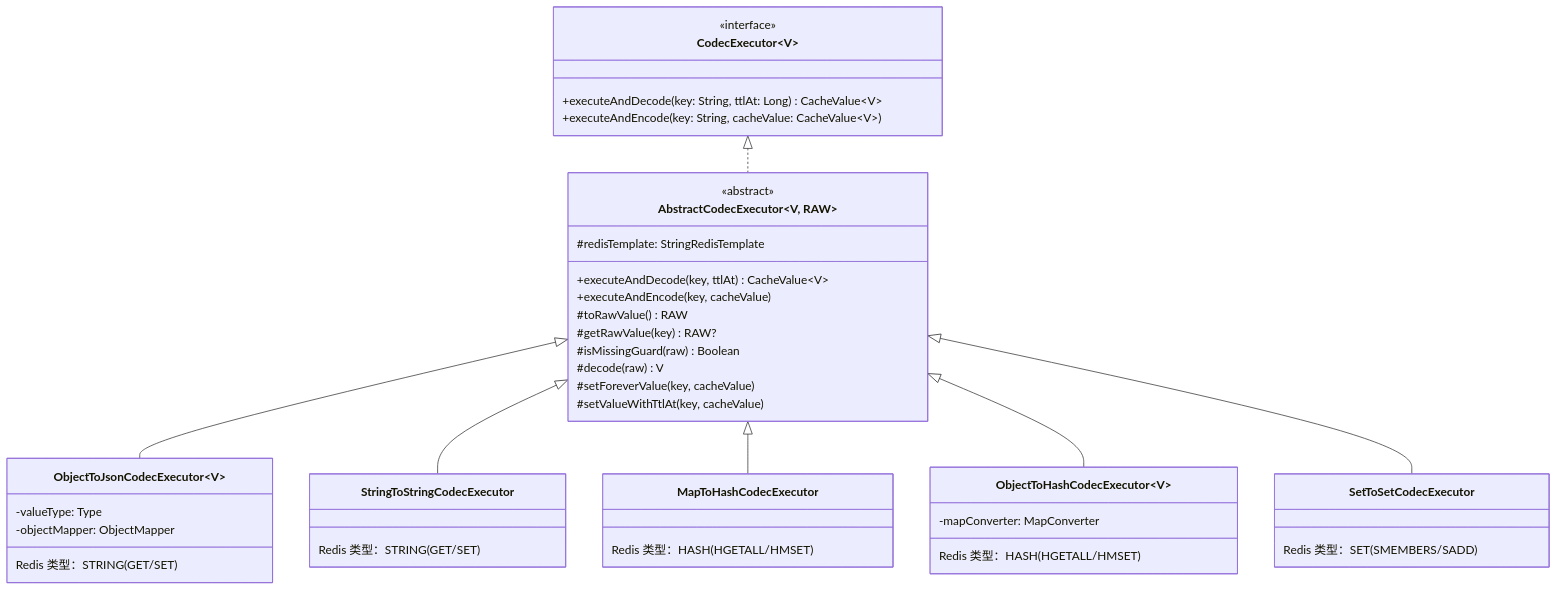
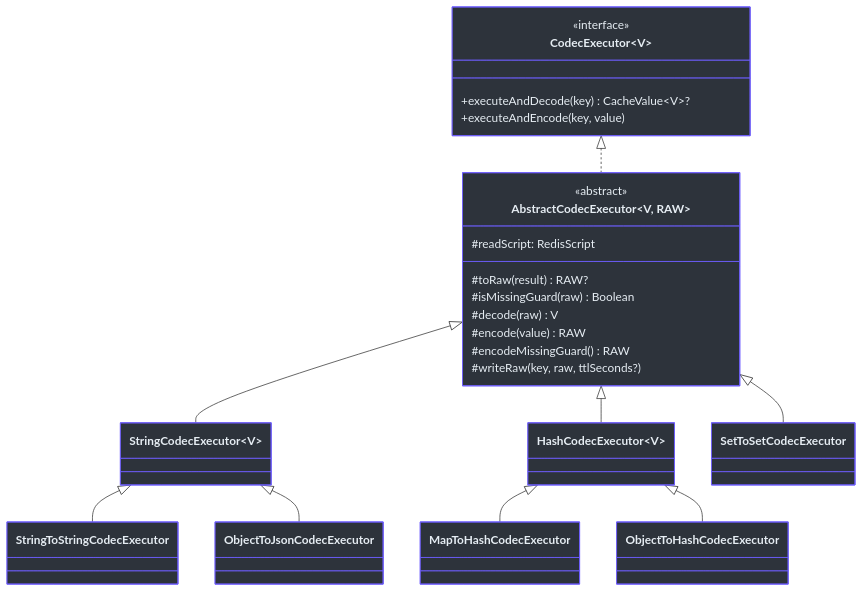
Before and after one commit to Ahoo-Wang/CoCache: the third of 3 diagrams in wiki/zh/modules/cocache-spring-redis.md, drawn with Mermaid. The commit also changed other lines of this file and 256 other files, not shown here.

````diff
--- a/wiki/zh/modules/cocache-spring-redis.md
+++ b/wiki/zh/modules/cocache-spring-redis.md
@@ -188,51 +93,38 @@
 ```mermaid
 classDiagram
     class CodecExecutor~V~ {
         <<interface>>
-        +executeAndDecode(key: String, ttlAt: Long) CacheValue~V~
-        +executeAndEncode(key: String, cacheValue: CacheValue~V~)
+        +executeAndDecode(key) CacheValue~V~?
+        +executeAndEncode(key, value)
     }
-
     class AbstractCodecExecutor~V, RAW~ {
         <<abstract>>
-        #redisTemplate: StringRedisTemplate
-        +executeAndDecode(key, ttlAt) CacheValue~V~
-        +executeAndEncode(key, cacheValue)
-        #toRawValue() RAW
-        #getRawValue(key) RAW?
+        #readScript: RedisScript
+        #toRaw(result) RAW?
         #isMissingGuard(raw) Boolean
         #decode(raw) V
-        #setForeverValue(key, cacheValue)
-        #setValueWithTtlAt(key, cacheValue)
+        #encode(value) RAW
+        #encodeMissingGuard() RAW
+        #writeRaw(key, raw, ttlSeconds?)
     }
+    class StringCodecExecutor~V~
+    class HashCodecExecutor~V~
+    CodecExecutor <|.. AbstractCodecExecutor
+    AbstractCodecExecutor <|-- StringCodecExecutor
+    AbstractCodecExecutor <|-- HashCodecExecutor
+    AbstractCodecExecutor <|-- SetToSetCodecExecutor
+    StringCodecExecutor <|-- StringToStringCodecExecutor
+    StringCodecExecutor <|-- ObjectToJsonCodecExecutor
+    HashCodecExecutor <|-- MapToHashCodecExecutor
+    HashCodecExecutor <|-- ObjectToHashCodecExecutor
 
-    class ObjectToJsonCodecExecutor~V~ {
-        -valueType: Type
-        -objectMapper: ObjectMapper
-        Redis 类型：STRING (GET/SET)
-    }
-
-    class StringToStringCodecExecutor {
-        Redis 类型：STRING (GET/SET)
-    }
-
-    class MapToHashCodecExecutor {
-        Redis 类型：HASH (HGETALL/HMSET)
-    }
-
-    class ObjectToHashCodecExecutor~V~ {
-        -mapConverter: MapConverter
-        Redis 类型：HASH (HGETALL/HMSET)
-    }
-
-    class SetToSetCodecExecutor {
-        Redis 类型：SET (SMEMBERS/SADD)
-    }
-
-    CodecExecutor <|.. AbstractCodecExecutor
-    AbstractCodecExecutor <|-- ObjectToJsonCodecExecutor
-    AbstractCodecExecutor <|-- StringToStringCodecExecutor
-    AbstractCodecExecutor <|-- MapToHashCodecExecutor
-    AbstractCodecExecutor <|-- ObjectToHashCodecExecutor
-    AbstractCodecExecutor <|-- SetToSetCodecExecutor
+    style CodecExecutor fill:#2d333b,stroke:#6d5dfc,color:#e6edf3
+    style AbstractCodecExecutor fill:#2d333b,stroke:#6d5dfc,color:#e6edf3
+    style StringCodecExecutor fill:#2d333b,stroke:#6d5dfc,color:#e6edf3
+    style HashCodecExecutor fill:#2d333b,stroke:#6d5dfc,color:#e6edf3
+    style SetToSetCodecExecutor fill:#2d333b,stroke:#6d5dfc,color:#e6edf3
+    style StringToStringCodecExecutor fill:#2d333b,stroke:#6d5dfc,color:#e6edf3
+    style ObjectToJsonCodecExecutor fill:#2d333b,stroke:#6d5dfc,color:#e6edf3
+    style MapToHashCodecExecutor fill:#2d333b,stroke:#6d5dfc,color:#e6edf3
+    style ObjectToHashCodecExecutor fill:#2d333b,stroke:#6d5dfc,color:#e6edf3
 ```
````
